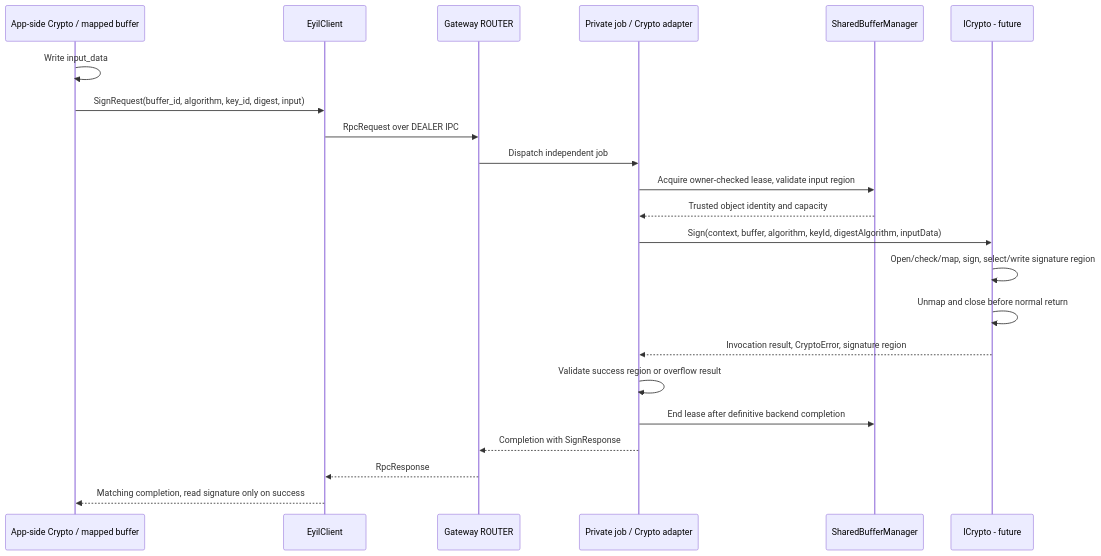
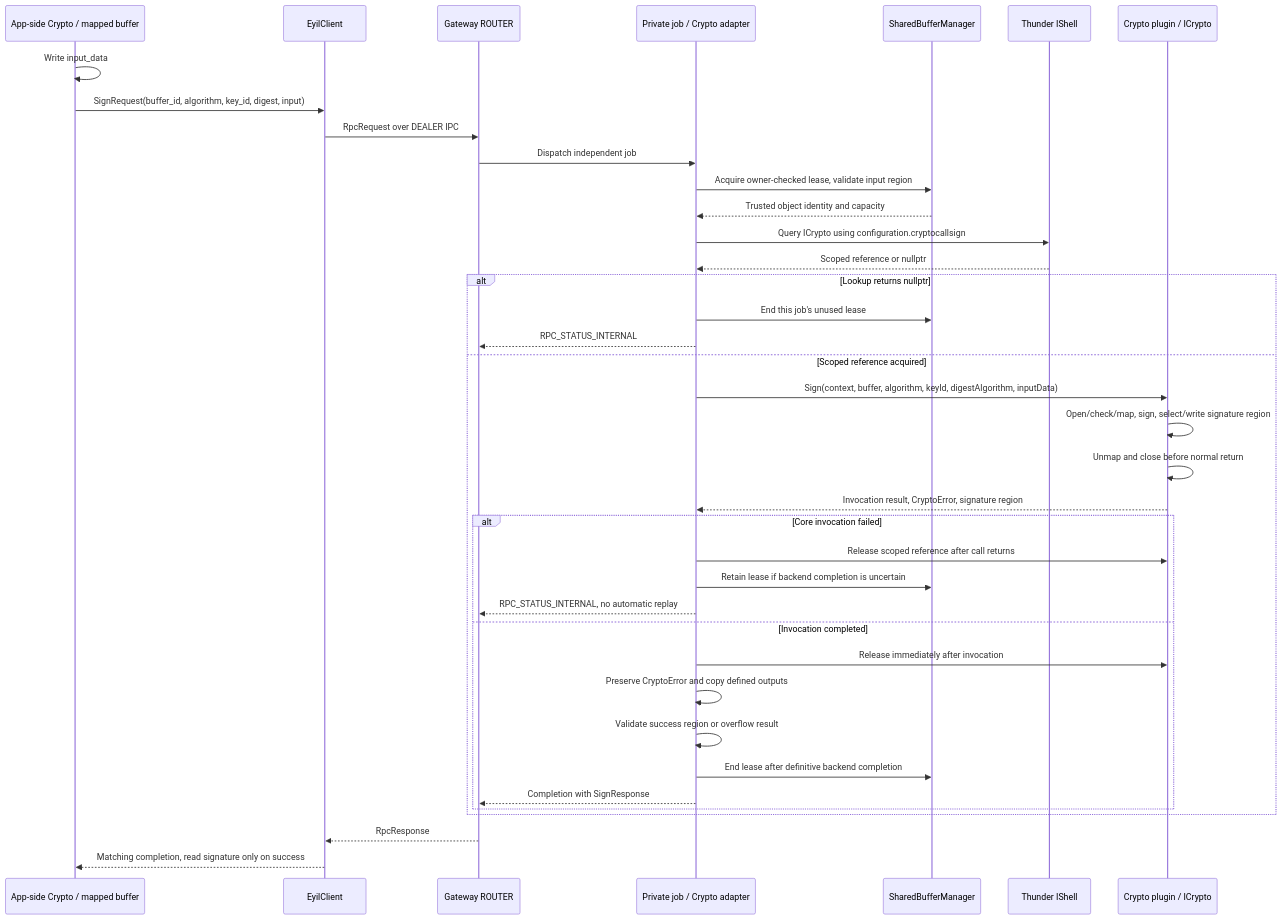
Diagram 24 of 30 in doc/EyilSecureGateway.md (rdkcentral/eyil-secure-gateway), drawn with Mermaid before and after one commit. The commit also changed other lines of this file, not shown here.

````diff
--- a/doc/EyilSecureGateway.md
+++ b/doc/EyilSecureGateway.md
@@ -2700,24 +2830,40 @@
 ```mermaid
 sequenceDiagram
     participant A as App-side Crypto / mapped buffer
     participant L as EyilClient
     participant R as Gateway ROUTER
     participant J as Private job / Crypto adapter
     participant B as SharedBufferManager
-    participant C as ICrypto - future
+    participant T as Thunder IShell
+    participant C as Crypto plugin / ICrypto
     A->>A: Write input_data
     A->>L: SignRequest(buffer_id, algorithm, key_id, digest, input)
     L->>R: RpcRequest over DEALER IPC
     R->>J: Dispatch independent job
     J->>B: Acquire owner-checked lease, validate input region
     B-->>J: Trusted object identity and capacity
-    J->>C: Sign(context, buffer, algorithm, keyId, digestAlgorithm, inputData)
-    C->>C: Open/check/map, sign, select/write signature region
-    C->>C: Unmap and close before normal return
-    C-->>J: Invocation result, CryptoError, signature region
-    J->>J: Validate success region or overflow result
-    J->>B: End lease after definitive backend completion
-    J-->>R: Completion with SignResponse
+    J->>T: Query ICrypto using configuration.cryptocallsign
+    T-->>J: Scoped reference or nullptr
+    alt Lookup returns nullptr
+        J->>B: End this job's unused lease
+        J-->>R: RPC_STATUS_INTERNAL
+    else Scoped reference acquired
+        J->>C: Sign(context, buffer, algorithm, keyId, digestAlgorithm, inputData)
+        C->>C: Open/check/map, sign, select/write signature region
+        C->>C: Unmap and close before normal return
+        C-->>J: Invocation result, CryptoError, signature region
+        alt Core invocation failed
+            J->>C: Release scoped reference after call returns
+            J->>B: Retain lease if backend completion is uncertain
+            J-->>R: RPC_STATUS_INTERNAL, no automatic replay
+        else Invocation completed
+            J->>C: Release immediately after invocation
+            J->>J: Preserve CryptoError and copy defined outputs
+            J->>J: Validate success region or overflow result
+            J->>B: End lease after definitive backend completion
+            J-->>R: Completion with SignResponse
+        end
+    end
     R-->>L: RpcResponse
     L-->>A: Matching completion, read signature only on success
 ```
````
